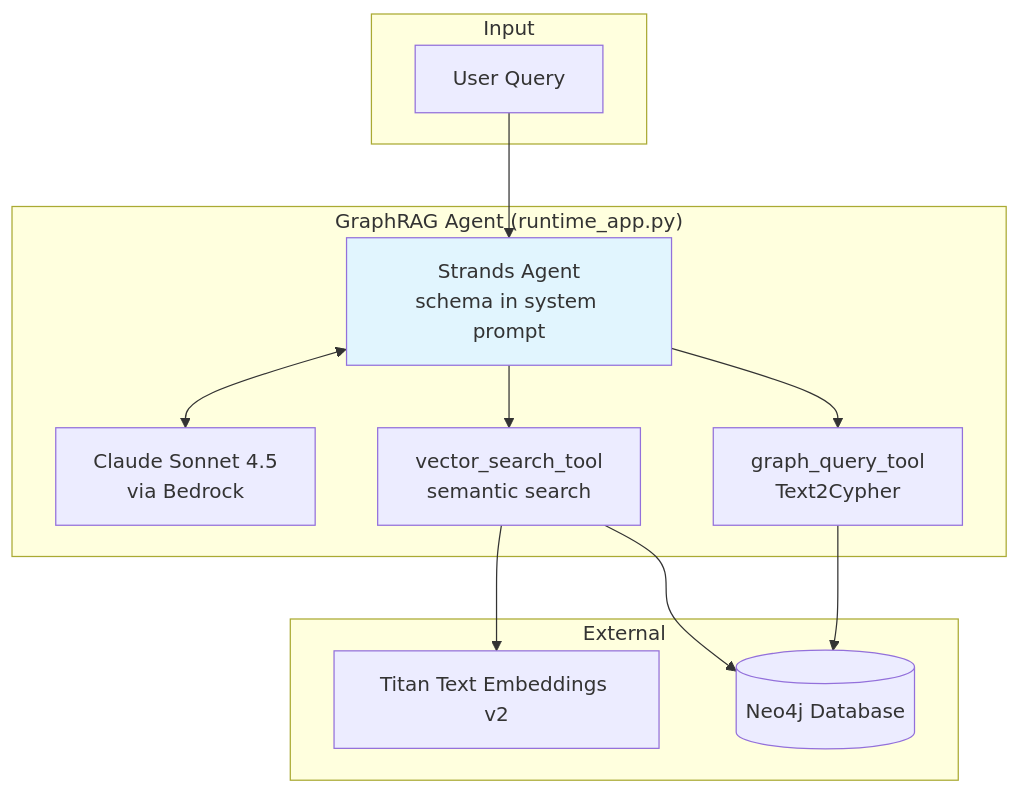
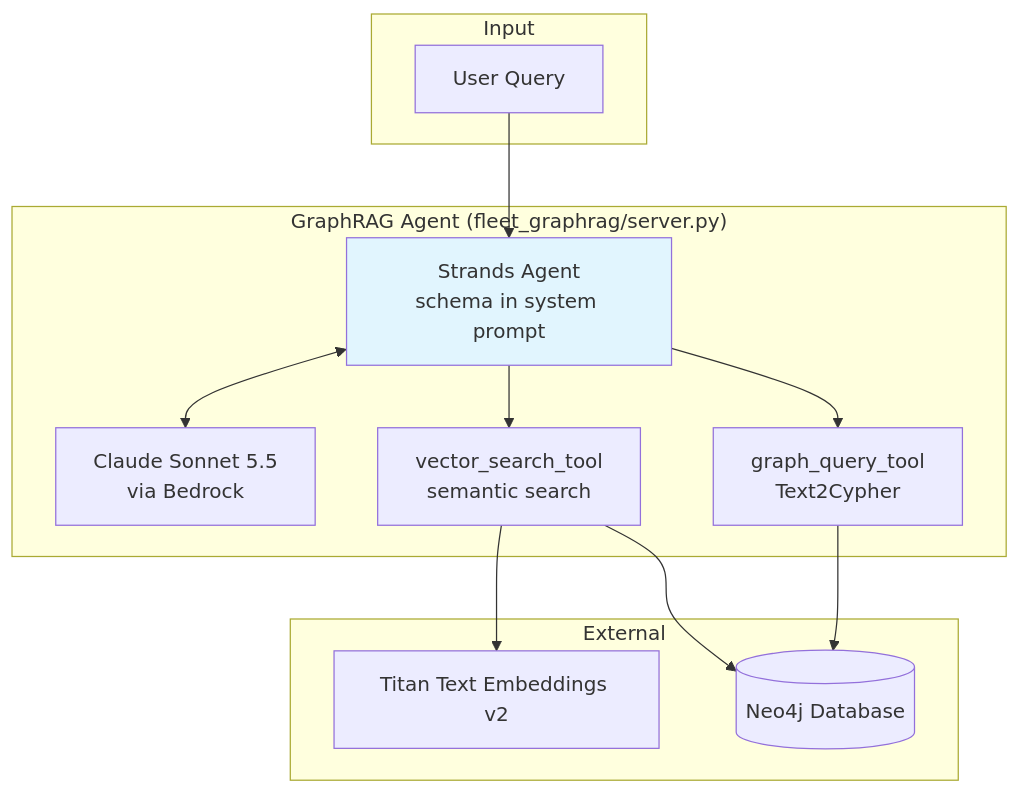
The sixth of 8 diagrams in docs/ARCHITECTURE.md (neo4j-partners/aws-starter), drawn with Mermaid before and after one commit. The commit also changed other lines of this file and 4 other files, not shown here.

````diff
--- a/docs/ARCHITECTURE.md
+++ b/docs/ARCHITECTURE.md
@@ -376,28 +376,28 @@
 ```mermaid
 flowchart TB
     subgraph Input["Input"]
         USER[User Query]
     end
 
-    subgraph GraphRAGAgent["GraphRAG Agent (runtime_app.py)"]
-        LLM[Claude Sonnet 4.5<br/>via Bedrock]
+    subgraph GraphRAGAgent["GraphRAG Agent (fleet_graphrag/server.py)"]
+        LLM[Claude Sonnet 5.5<br/>via Bedrock]
         AGENT[Strands Agent<br/>schema in system prompt]
         GQ[graph_query_tool<br/>Text2Cypher]
         VS[vector_search_tool<br/>semantic search]
     end
 
     subgraph External["External"]
         TITAN[Titan Text Embeddings v2]
         NEO4J[(Neo4j Database)]
     end
 
     USER --> AGENT
     AGENT <--> LLM
     AGENT --> GQ
     AGENT --> VS
     GQ --> NEO4J
     VS --> TITAN
     VS --> NEO4J
 
     style AGENT fill:#e1f5fe
 ```
````
